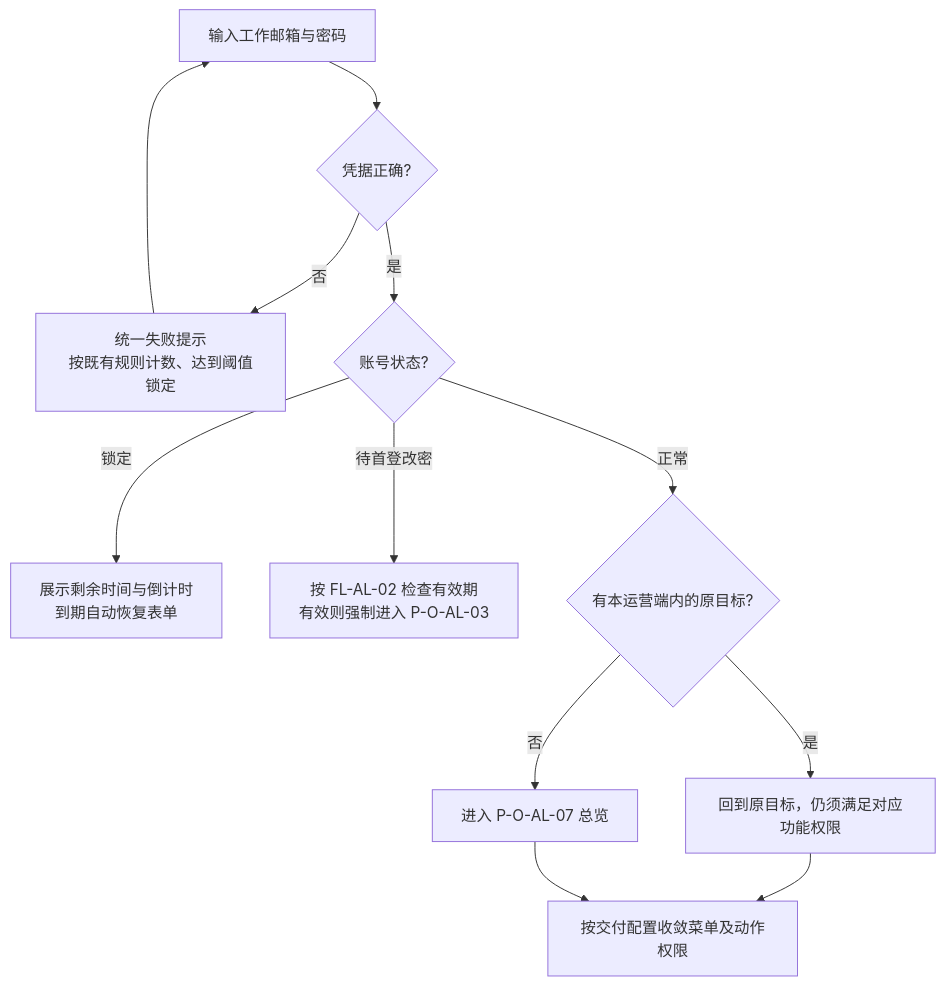
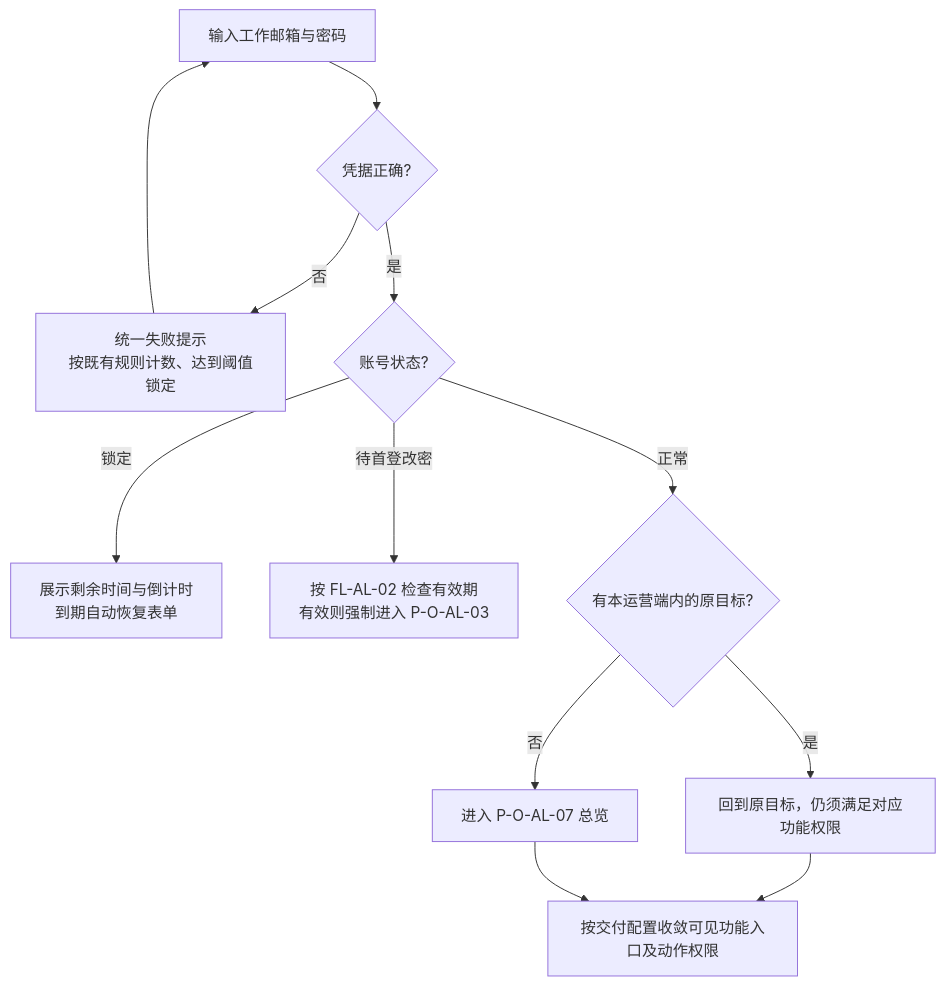
One commit to wxblockchain/Chain-Financing changed the second of 10 diagrams in lending-platform/PRD/v1.0-运营端账户与登录/02-运营端账户与登录-流程图与状态机.md. Above: the diagram before and after it, drawn with Mermaid. The commit also changed other lines of this file and 4 other files, not shown here.

````diff
--- a/lending-platform/PRD/v1.0-运营端账户与登录/02-运营端账户与登录-流程图与状态机.md
+++ b/lending-platform/PRD/v1.0-运营端账户与登录/02-运营端账户与登录-流程图与状态机.md
@@ -45,14 +43,14 @@
 ```mermaid
 flowchart TD
     A["输入工作邮箱与密码"] --> B{"凭据正确?"}
     B -->|否| C["统一失败提示<br/>按既有规则计数、达到阈值锁定"]
     C --> A
     B -->|是| D{"账号状态?"}
     D -->|锁定| E["展示剩余时间与倒计时<br/>到期自动恢复表单"]
     D -->|待首登改密| F["按 FL-AL-02 检查有效期<br/>有效则强制进入 P-O-AL-03"]
     D -->|正常| G{"有本运营端内的原目标?"}
     G -->|是| H["回到原目标，仍须满足对应功能权限"]
     G -->|否| I["进入 P-O-AL-07 总览"]
-    H --> J["按交付配置收敛菜单及动作权限"]
+    H --> J["按交付配置收敛可见功能入口及动作权限"]
     I --> J
 ```
````
